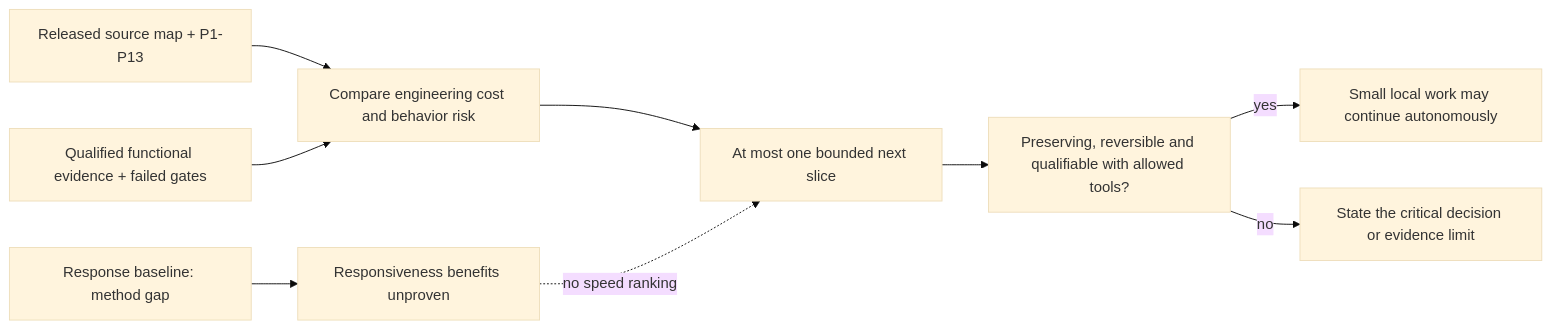
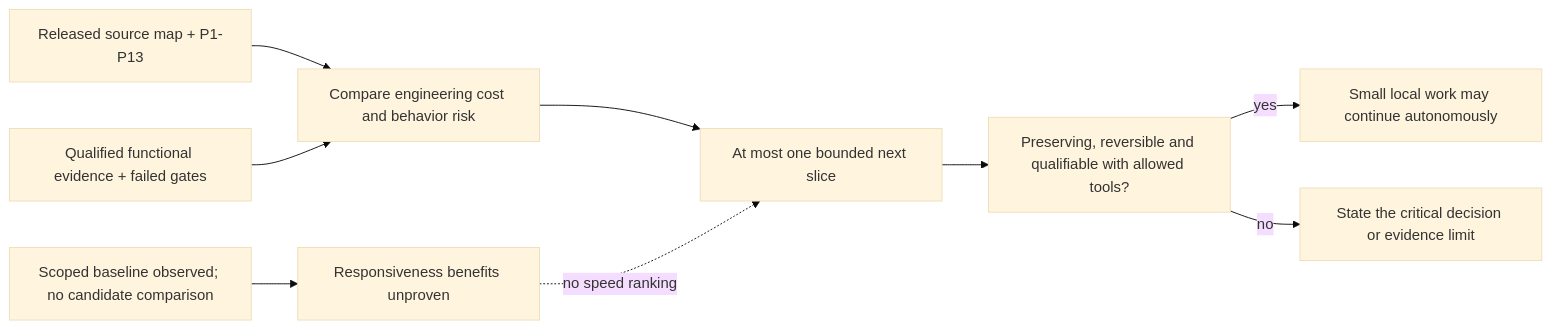
One commit to lostinsea/markaloo changed the fourth of 4 diagrams in docs/PERFORMANCE-ARCHITECTURE.md. Above: the diagram before and after it, drawn with Mermaid (base theme). The commit also changed other lines of this file and 1 other file, not shown here.

First line of the commit message:
typing and preview readiness had no qualified baseline

````diff
--- a/docs/PERFORMANCE-ARCHITECTURE.md
+++ b/docs/PERFORMANCE-ARCHITECTURE.md
@@ -562,11 +683,11 @@
 ```mermaid
 flowchart LR
     S["Released source map + P1-P13"] --> E["Compare engineering cost and behavior risk"]
     R["Qualified functional evidence + failed gates"] --> E
-    G["Response baseline: method gap"] --> U["Responsiveness benefits unproven"]
+    G["Scoped baseline observed; no candidate comparison"] --> U["Responsiveness benefits unproven"]
     E --> N["At most one bounded next slice"]
     U -. "no speed ranking" .-> N
     N --> Q["Preserving, reversible and qualifiable with allowed tools?"]
     Q -->|yes| L["Small local work may continue autonomously"]
     Q -->|no| D["State the critical decision or evidence limit"]
 ```
````
